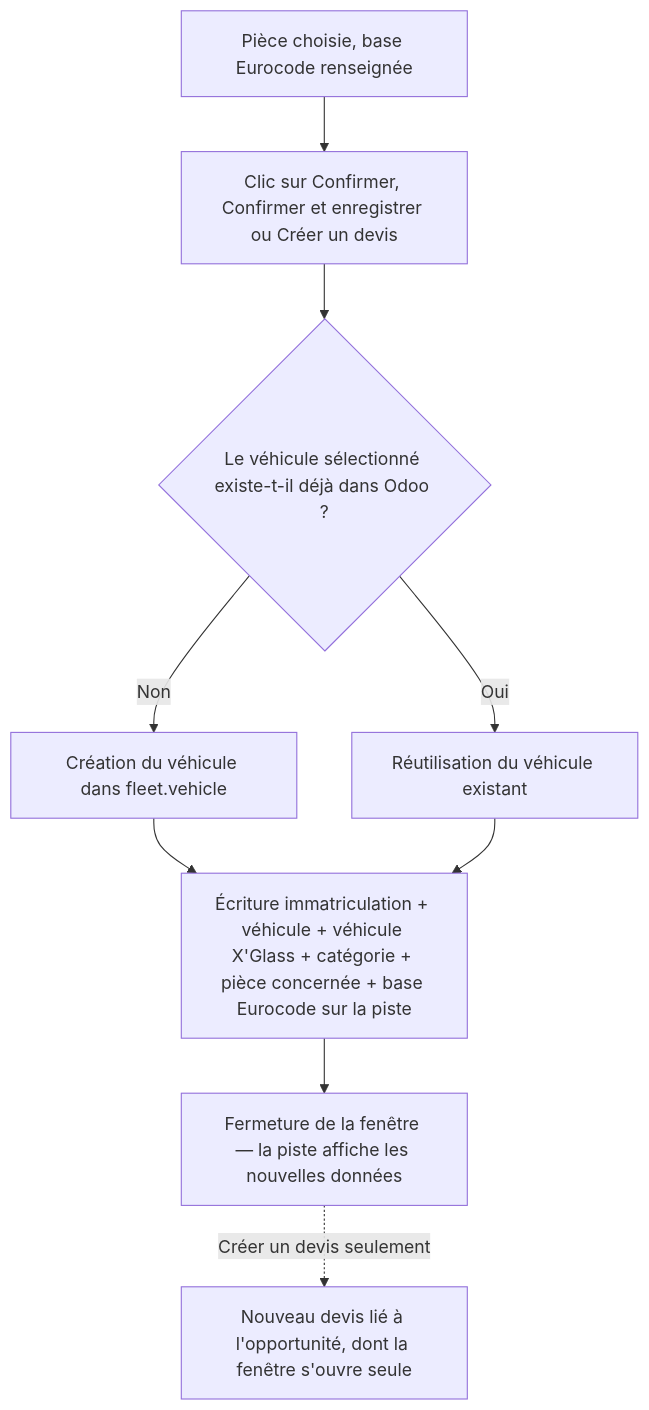
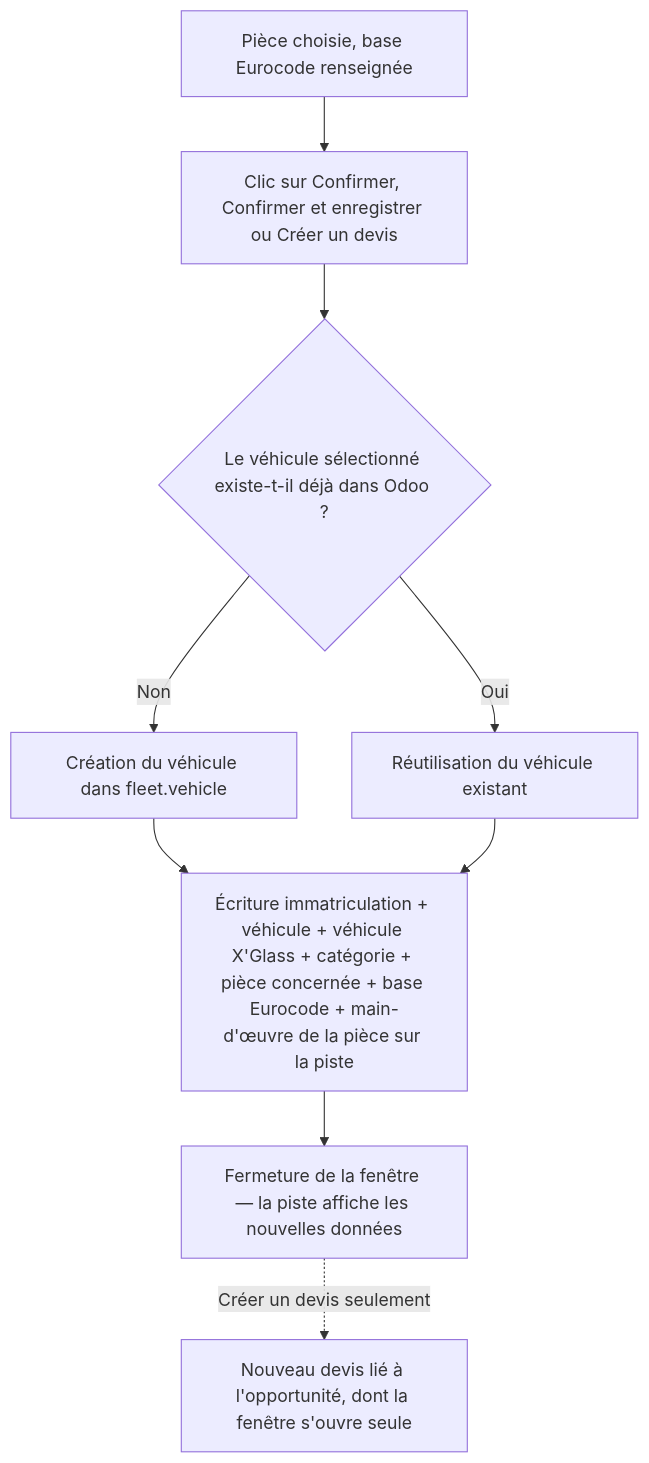
One commit to rpbmSdk/rpbm changed the second of 3 diagrams in rpbm_agent/docs/fonctionnel/parcours-utilisateur.md. Above: the diagram before and after it, drawn with Mermaid. The commit also changed other lines of this file and 14 other files, not shown here.

First line of the commit message:
docs(rpbm_agent): documenter la main-d'oeuvre enregistree a l'opportunite et proposee sur le devis (R30, 17.0.261007.1)

````diff
--- a/rpbm_agent/docs/fonctionnel/parcours-utilisateur.md
+++ b/rpbm_agent/docs/fonctionnel/parcours-utilisateur.md
@@ -60,11 +60,11 @@
 ```mermaid
 flowchart TD
     U[Pièce choisie, base Eurocode renseignée] --> V[Clic sur Confirmer, Confirmer et enregistrer ou Créer un devis]
     V --> W{Le véhicule sélectionné existe-t-il déjà dans Odoo ?}
     W -->|Non| X[Création du véhicule dans fleet.vehicle]
     W -->|Oui| Y[Réutilisation du véhicule existant]
-    X --> Z[Écriture immatriculation + véhicule + véhicule X'Glass + catégorie + pièce concernée + base Eurocode sur la piste]
+    X --> Z[Écriture immatriculation + véhicule + véhicule X'Glass + catégorie + pièce concernée + base Eurocode + main-d'œuvre de la pièce sur la piste]
     Y --> Z
     Z --> AA[Fermeture de la fenêtre — la piste affiche les nouvelles données]
     AA -.->|Créer un devis seulement| AB["Nouveau devis lié à l'opportunité, dont la fenêtre s'ouvre seule"]
 ```
````
